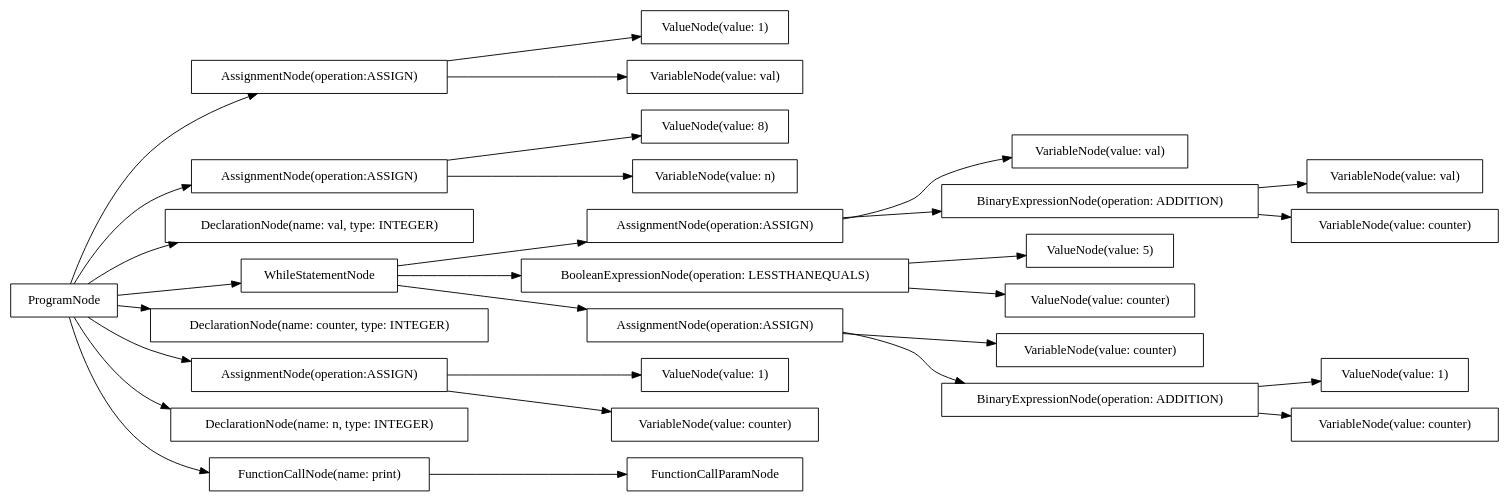
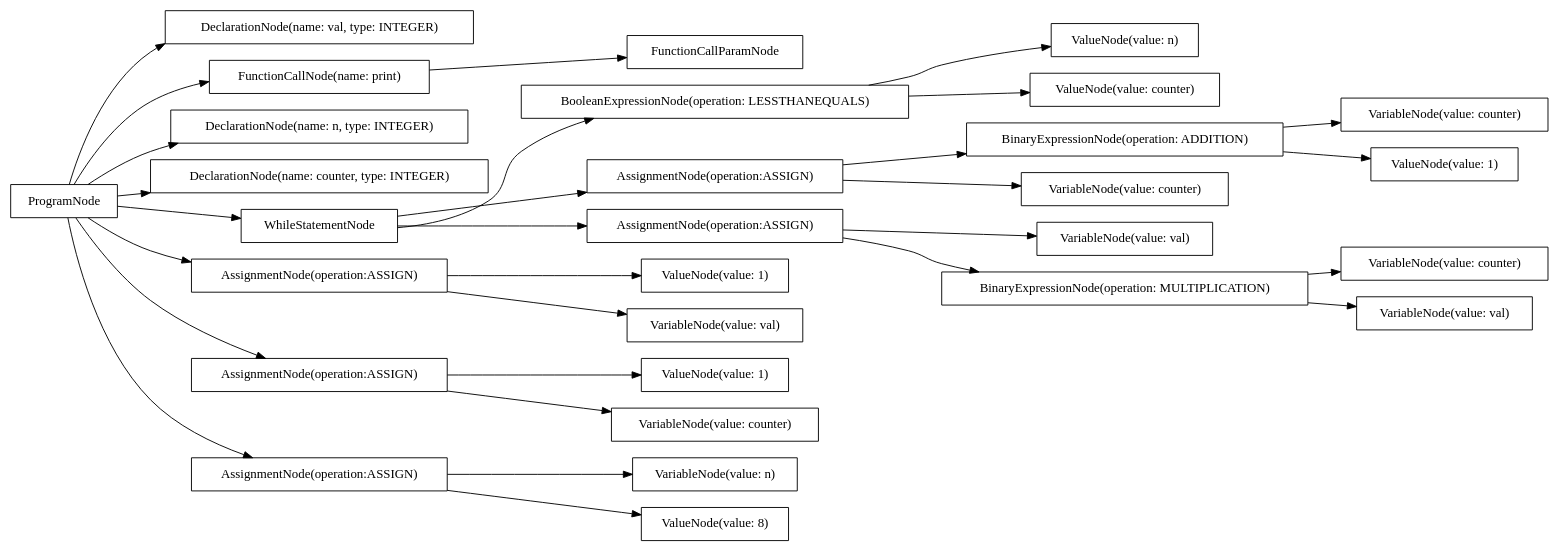
One commit to AtLeastITry/ANTLR-Python-Compiler changed the diagram in src/output/dot/factorial.dot. Above: the diagram before and after it, drawn with Graphviz. The commit also changed 11 other files, not shown here.

```diff
--- a/src/output/dot/factorial.dot
+++ b/src/output/dot/factorial.dot
@@ -1,60 +1,60 @@
 digraph G {
 rankdir=LR
-"b7b24ce8-f79b-4a8b-bfaa-8bbf0fb2caad" [label="AssignmentNode(operation:ASSIGN)" shape="box"];
-"6db4b2d1-4a70-415b-b060-a462e0e1d8ed" [label="ValueNode(value: 1)" shape="box"];
-"43c5c0b5-dfeb-4615-a72d-35fefcb1506c" [label="AssignmentNode(operation:ASSIGN)" shape="box"];
-"eae9e841-13c4-4dd1-8b71-0fde42019ed3" [label="ValueNode(value: 1)" shape="box"];
-"e74df841-1208-466d-abe7-190174cebac6" [label="ValueNode(value: 5)" shape="box"];
-"231ef698-5078-4b72-b94f-91daa33c0c2d" [label="FunctionCallParamNode" shape="box"];
-"aad3d78e-6588-42f1-a760-6444ab962cdc" [label="ValueNode(value: 1)" shape="box"];
-"59f7876b-2bfb-4f94-878b-a0d520e3da85" [label="AssignmentNode(operation:ASSIGN)" shape="box"];
-"438b572f-a180-4a5f-b9e3-a898a9e59f29" [label="VariableNode(value: val)" shape="box"];
-"ab48e32b-9177-4508-b02b-da86749e6a63" [label="BooleanExpressionNode(operation: LESSTHANEQUALS)" shape="box"];
-"538a80c2-b8ed-4963-a157-c9950273147a" [label="DeclarationNode(name: val, type: INTEGER)" shape="box"];
-"db167e01-27b6-46a8-9225-5585c92ddf56" [label="VariableNode(value: counter)" shape="box"];
-"9b126b8c-a99e-4039-b090-d3dcf8640f42" [label="WhileStatementNode" shape="box"];
-"352160fa-cfc6-4f3b-af58-876f92d9bf5c" [label="VariableNode(value: val)" shape="box"];
-"c460d34d-e82b-4bd7-8b57-c45448824d0b" [label="DeclarationNode(name: counter, type: INTEGER)" shape="box"];
-"bf69dfc4-2a37-43ed-82bb-c1a48fc2f277" [label="VariableNode(value: counter)" shape="box"];
-"b750693e-af9c-4f28-9e93-f9a6d471fc80" [label="ProgramNode" shape="box"];
-"3f5c3746-8592-48d8-8914-c242271dba39" [label="VariableNode(value: counter)" shape="box"];
-"21383239-2ee0-419e-b625-a7a0e91b2a05" [label="VariableNode(value: counter)" shape="box"];
-"0b8df685-1496-4ba8-8a7e-8ce06964a5aa" [label="ValueNode(value: counter)" shape="box"];
-"10f69288-7772-4eea-8597-d68063422a14" [label="ValueNode(value: 8)" shape="box"];
-"18684400-5d59-4c8c-b10c-c0036e116a8f" [label="AssignmentNode(operation:ASSIGN)" shape="box"];
-"2b59724d-a878-4e72-8486-833334c09207" [label="VariableNode(value: val)" shape="box"];
-"49002638-999f-49d4-9283-0ec3eb637efd" [label="DeclarationNode(name: n, type: INTEGER)" shape="box"];
-"1db4c782-d18c-4378-a9fb-39f2971adcbe" [label="VariableNode(value: n)" shape="box"];
-"0e167673-73ff-4610-9541-a29f1f1bcb60" [label="BinaryExpressionNode(operation: ADDITION)" shape="box"];
-"35b879ba-2018-4639-adfc-490681ec26c5" [label="BinaryExpressionNode(operation: ADDITION)" shape="box"];
-"0dd8f62f-7460-4e74-9b80-f008364cca52" [label="AssignmentNode(operation:ASSIGN)" shape="box"];
-"317003d5-0e09-4909-a23f-af6c7ae4c2ef" [label="FunctionCallNode(name: print)" shape="box"];
-"b750693e-af9c-4f28-9e93-f9a6d471fc80" -> "49002638-999f-49d4-9283-0ec3eb637efd";
-"b750693e-af9c-4f28-9e93-f9a6d471fc80" -> "538a80c2-b8ed-4963-a157-c9950273147a";
-"b750693e-af9c-4f28-9e93-f9a6d471fc80" -> "c460d34d-e82b-4bd7-8b57-c45448824d0b";
-"b750693e-af9c-4f28-9e93-f9a6d471fc80" -> "59f7876b-2bfb-4f94-878b-a0d520e3da85";
-"59f7876b-2bfb-4f94-878b-a0d520e3da85" -> "1db4c782-d18c-4378-a9fb-39f2971adcbe";
-"59f7876b-2bfb-4f94-878b-a0d520e3da85" -> "10f69288-7772-4eea-8597-d68063422a14";
-"b750693e-af9c-4f28-9e93-f9a6d471fc80" -> "b7b24ce8-f79b-4a8b-bfaa-8bbf0fb2caad";
-"b7b24ce8-f79b-4a8b-bfaa-8bbf0fb2caad" -> "438b572f-a180-4a5f-b9e3-a898a9e59f29";
-"b7b24ce8-f79b-4a8b-bfaa-8bbf0fb2caad" -> "6db4b2d1-4a70-415b-b060-a462e0e1d8ed";
-"b750693e-af9c-4f28-9e93-f9a6d471fc80" -> "18684400-5d59-4c8c-b10c-c0036e116a8f";
-"18684400-5d59-4c8c-b10c-c0036e116a8f" -> "bf69dfc4-2a37-43ed-82bb-c1a48fc2f277";
-"18684400-5d59-4c8c-b10c-c0036e116a8f" -> "aad3d78e-6588-42f1-a760-6444ab962cdc";
-"b750693e-af9c-4f28-9e93-f9a6d471fc80" -> "317003d5-0e09-4909-a23f-af6c7ae4c2ef";
-"317003d5-0e09-4909-a23f-af6c7ae4c2ef" -> "231ef698-5078-4b72-b94f-91daa33c0c2d";
-"b750693e-af9c-4f28-9e93-f9a6d471fc80" -> "9b126b8c-a99e-4039-b090-d3dcf8640f42";
-"9b126b8c-a99e-4039-b090-d3dcf8640f42" -> "ab48e32b-9177-4508-b02b-da86749e6a63";
-"ab48e32b-9177-4508-b02b-da86749e6a63" -> "0b8df685-1496-4ba8-8a7e-8ce06964a5aa";
-"ab48e32b-9177-4508-b02b-da86749e6a63" -> "e74df841-1208-466d-abe7-190174cebac6";
-"9b126b8c-a99e-4039-b090-d3dcf8640f42" -> "43c5c0b5-dfeb-4615-a72d-35fefcb1506c";
-"43c5c0b5-dfeb-4615-a72d-35fefcb1506c" -> "2b59724d-a878-4e72-8486-833334c09207";
-"43c5c0b5-dfeb-4615-a72d-35fefcb1506c" -> "0e167673-73ff-4610-9541-a29f1f1bcb60";
-"0e167673-73ff-4610-9541-a29f1f1bcb60" -> "352160fa-cfc6-4f3b-af58-876f92d9bf5c";
-"0e167673-73ff-4610-9541-a29f1f1bcb60" -> "21383239-2ee0-419e-b625-a7a0e91b2a05";
-"9b126b8c-a99e-4039-b090-d3dcf8640f42" -> "0dd8f62f-7460-4e74-9b80-f008364cca52";
-"0dd8f62f-7460-4e74-9b80-f008364cca52" -> "db167e01-27b6-46a8-9225-5585c92ddf56";
-"0dd8f62f-7460-4e74-9b80-f008364cca52" -> "35b879ba-2018-4639-adfc-490681ec26c5";
-"35b879ba-2018-4639-adfc-490681ec26c5" -> "3f5c3746-8592-48d8-8914-c242271dba39";
-"35b879ba-2018-4639-adfc-490681ec26c5" -> "eae9e841-13c4-4dd1-8b71-0fde42019ed3";
+"0992d1b0-6774-4567-8593-3e14d60e6ab9" [label="DeclarationNode(name: val, type: INTEGER)" shape="box"];
+"9626fb71-2a1f-4956-be89-5a4ee12c31b6" [label="VariableNode(value: val)" shape="box"];
+"ae99fd4f-b564-4867-a46e-41161c9c8939" [label="BinaryExpressionNode(operation: ADDITION)" shape="box"];
+"48a6b28f-783b-4740-947e-15e2a575b430" [label="VariableNode(value: counter)" shape="box"];
+"186196ca-6aa3-4591-a80d-81101335ac3f" [label="BooleanExpressionNode(operation: LESSTHANEQUALS)" shape="box"];
+"18737145-723e-4447-89e6-2843b8e03805" [label="BinaryExpressionNode(operation: MULTIPLICATION)" shape="box"];
+"0d7152b5-9460-4ac8-8808-caa99783b01f" [label="AssignmentNode(operation:ASSIGN)" shape="box"];
+"8e2fb0f2-4feb-4147-9299-3113e66a7580" [label="ValueNode(value: 1)" shape="box"];
+"dda305f8-b61e-4f43-8149-46bf4a6a3688" [label="FunctionCallNode(name: print)" shape="box"];
+"d46dc9cf-4887-4ea5-ab3e-138ac4490d2a" [label="AssignmentNode(operation:ASSIGN)" shape="box"];
+"dae65cb1-bb63-403d-8225-cb45aa1adb28" [label="VariableNode(value: counter)" shape="box"];
+"467da61d-6c94-4155-89ac-9c590824dead" [label="ProgramNode" shape="box"];
+"1925c630-3228-44c5-b4b6-18be623d38d2" [label="DeclarationNode(name: n, type: INTEGER)" shape="box"];
+"552252d2-bd6a-43d4-b89f-3e76a83e4db9" [label="ValueNode(value: n)" shape="box"];
+"d6e7041a-f585-4e96-ac1d-ed64ec651dd1" [label="VariableNode(value: n)" shape="box"];
+"2985bb08-1a24-4fad-b682-48933d3a118b" [label="DeclarationNode(name: counter, type: INTEGER)" shape="box"];
+"aac0dde8-825a-4ff5-9cd9-4e0158e36fda" [label="ValueNode(value: 8)" shape="box"];
+"9de38cef-fefd-4658-8f9c-b120db8cafff" [label="ValueNode(value: 1)" shape="box"];
+"78de5c33-9ebc-4a7f-8979-ac0684db8ae5" [label="ValueNode(value: 1)" shape="box"];
+"6a9e49d6-188d-4393-ae99-e2a0b10b9594" [label="WhileStatementNode" shape="box"];
+"c91fdc34-99a3-4bd6-acc0-f06a85408cc5" [label="VariableNode(value: val)" shape="box"];
+"8e17ae29-d919-4aea-b562-2b7b5131d557" [label="AssignmentNode(operation:ASSIGN)" shape="box"];
+"3ec7cbee-0ce8-4fee-bcd9-fb3c8a46f83f" [label="AssignmentNode(operation:ASSIGN)" shape="box"];
+"62d5ae46-d13a-470f-b7a9-82f5693a0936" [label="AssignmentNode(operation:ASSIGN)" shape="box"];
+"bd02bbb8-7597-4fef-b854-1bca02f7d9dd" [label="ValueNode(value: counter)" shape="box"];
+"5d67ab75-c1d4-414f-bb14-b0c78da24a40" [label="VariableNode(value: counter)" shape="box"];
+"1c068aaa-8ddc-437c-98b5-e9072a649be0" [label="FunctionCallParamNode" shape="box"];
+"353fc2a9-5242-47df-921a-69867dcc4260" [label="VariableNode(value: counter)" shape="box"];
+"fe61b1dc-c486-4eba-81a3-4cba13a1f245" [label="VariableNode(value: val)" shape="box"];
+"467da61d-6c94-4155-89ac-9c590824dead" -> "1925c630-3228-44c5-b4b6-18be623d38d2";
+"467da61d-6c94-4155-89ac-9c590824dead" -> "0992d1b0-6774-4567-8593-3e14d60e6ab9";
+"467da61d-6c94-4155-89ac-9c590824dead" -> "2985bb08-1a24-4fad-b682-48933d3a118b";
+"467da61d-6c94-4155-89ac-9c590824dead" -> "62d5ae46-d13a-470f-b7a9-82f5693a0936";
+"62d5ae46-d13a-470f-b7a9-82f5693a0936" -> "d6e7041a-f585-4e96-ac1d-ed64ec651dd1";
+"62d5ae46-d13a-470f-b7a9-82f5693a0936" -> "aac0dde8-825a-4ff5-9cd9-4e0158e36fda";
+"467da61d-6c94-4155-89ac-9c590824dead" -> "8e17ae29-d919-4aea-b562-2b7b5131d557";
+"8e17ae29-d919-4aea-b562-2b7b5131d557" -> "c91fdc34-99a3-4bd6-acc0-f06a85408cc5";
+"8e17ae29-d919-4aea-b562-2b7b5131d557" -> "78de5c33-9ebc-4a7f-8979-ac0684db8ae5";
+"467da61d-6c94-4155-89ac-9c590824dead" -> "3ec7cbee-0ce8-4fee-bcd9-fb3c8a46f83f";
+"3ec7cbee-0ce8-4fee-bcd9-fb3c8a46f83f" -> "5d67ab75-c1d4-414f-bb14-b0c78da24a40";
+"3ec7cbee-0ce8-4fee-bcd9-fb3c8a46f83f" -> "9de38cef-fefd-4658-8f9c-b120db8cafff";
+"467da61d-6c94-4155-89ac-9c590824dead" -> "6a9e49d6-188d-4393-ae99-e2a0b10b9594";
+"6a9e49d6-188d-4393-ae99-e2a0b10b9594" -> "186196ca-6aa3-4591-a80d-81101335ac3f";
+"186196ca-6aa3-4591-a80d-81101335ac3f" -> "bd02bbb8-7597-4fef-b854-1bca02f7d9dd";
+"186196ca-6aa3-4591-a80d-81101335ac3f" -> "552252d2-bd6a-43d4-b89f-3e76a83e4db9";
+"6a9e49d6-188d-4393-ae99-e2a0b10b9594" -> "d46dc9cf-4887-4ea5-ab3e-138ac4490d2a";
+"d46dc9cf-4887-4ea5-ab3e-138ac4490d2a" -> "9626fb71-2a1f-4956-be89-5a4ee12c31b6";
+"d46dc9cf-4887-4ea5-ab3e-138ac4490d2a" -> "18737145-723e-4447-89e6-2843b8e03805";
+"18737145-723e-4447-89e6-2843b8e03805" -> "fe61b1dc-c486-4eba-81a3-4cba13a1f245";
+"18737145-723e-4447-89e6-2843b8e03805" -> "dae65cb1-bb63-403d-8225-cb45aa1adb28";
+"6a9e49d6-188d-4393-ae99-e2a0b10b9594" -> "0d7152b5-9460-4ac8-8808-caa99783b01f";
+"0d7152b5-9460-4ac8-8808-caa99783b01f" -> "353fc2a9-5242-47df-921a-69867dcc4260";
+"0d7152b5-9460-4ac8-8808-caa99783b01f" -> "ae99fd4f-b564-4867-a46e-41161c9c8939";
+"ae99fd4f-b564-4867-a46e-41161c9c8939" -> "48a6b28f-783b-4740-947e-15e2a575b430";
+"ae99fd4f-b564-4867-a46e-41161c9c8939" -> "8e2fb0f2-4feb-4147-9299-3113e66a7580";
+"467da61d-6c94-4155-89ac-9c590824dead" -> "dda305f8-b61e-4f43-8149-46bf4a6a3688";
+"dda305f8-b61e-4f43-8149-46bf4a6a3688" -> "1c068aaa-8ddc-437c-98b5-e9072a649be0";
 }
```
